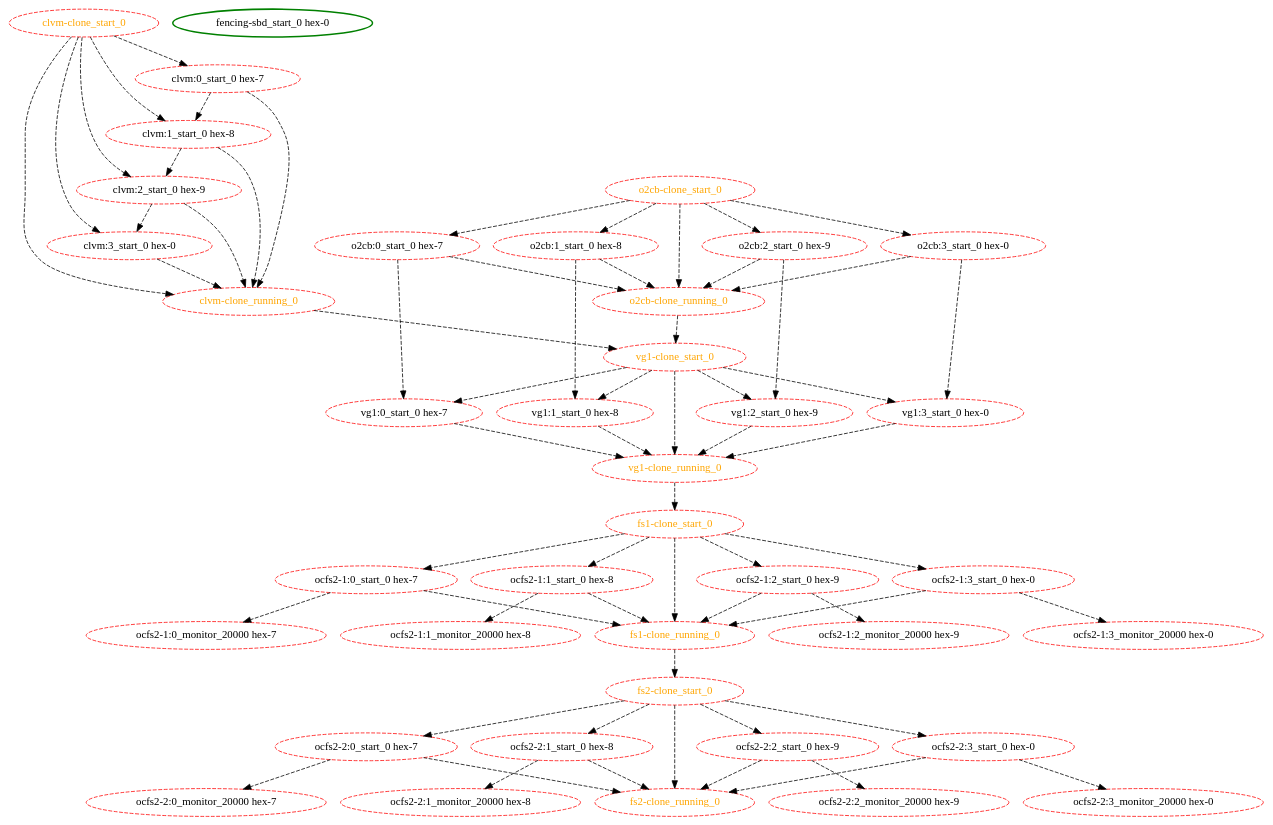
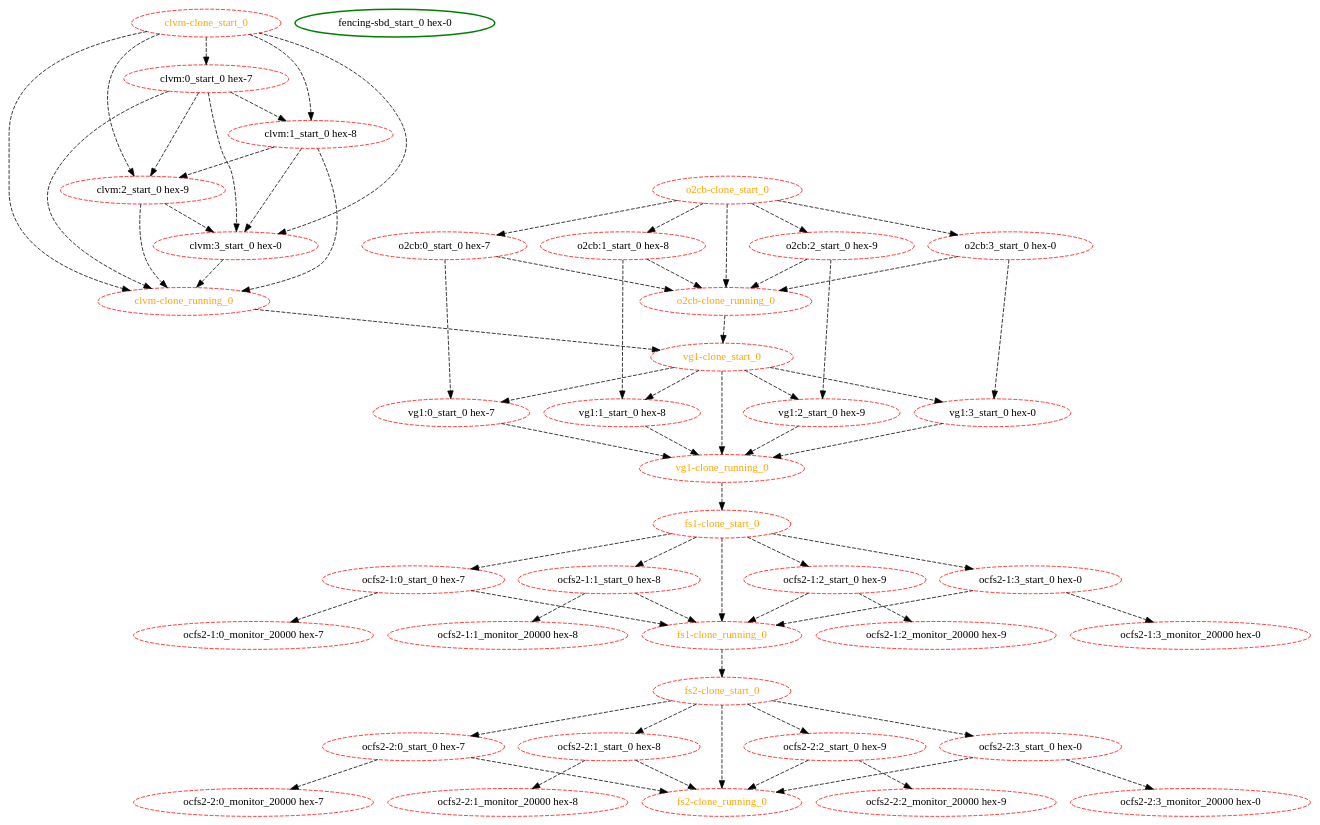
The diagram in cts/scheduler/dot/order-clone.dot (ClusterLabs/pacemaker), drawn with Graphviz before and after one commit. The commit also changed 30 other files, not shown here.

```diff
--- a/cts/scheduler/dot/order-clone.dot
+++ b/cts/scheduler/dot/order-clone.dot
@@ -1,105 +1,108 @@
  digraph "g" {
 "clvm-clone_running_0" -> "vg1-clone_start_0" [ style = dashed]
 "clvm-clone_running_0" [ style=dashed color="red" fontcolor="orange"]
 "clvm-clone_start_0" -> "clvm-clone_running_0" [ style = dashed]
 "clvm-clone_start_0" -> "clvm:0_start_0 hex-7" [ style = dashed]
 "clvm-clone_start_0" -> "clvm:1_start_0 hex-8" [ style = dashed]
 "clvm-clone_start_0" -> "clvm:2_start_0 hex-9" [ style = dashed]
 "clvm-clone_start_0" -> "clvm:3_start_0 hex-0" [ style = dashed]
 "clvm-clone_start_0" [ style=dashed color="red" fontcolor="orange"]
 "clvm:0_start_0 hex-7" -> "clvm-clone_running_0" [ style = dashed]
 "clvm:0_start_0 hex-7" -> "clvm:1_start_0 hex-8" [ style = dashed]
+"clvm:0_start_0 hex-7" -> "clvm:2_start_0 hex-9" [ style = dashed]
+"clvm:0_start_0 hex-7" -> "clvm:3_start_0 hex-0" [ style = dashed]
 "clvm:0_start_0 hex-7" [ style=dashed color="red" fontcolor="black"]
 "clvm:1_start_0 hex-8" -> "clvm-clone_running_0" [ style = dashed]
 "clvm:1_start_0 hex-8" -> "clvm:2_start_0 hex-9" [ style = dashed]
+"clvm:1_start_0 hex-8" -> "clvm:3_start_0 hex-0" [ style = dashed]
 "clvm:1_start_0 hex-8" [ style=dashed color="red" fontcolor="black"]
 "clvm:2_start_0 hex-9" -> "clvm-clone_running_0" [ style = dashed]
 "clvm:2_start_0 hex-9" -> "clvm:3_start_0 hex-0" [ style = dashed]
 "clvm:2_start_0 hex-9" [ style=dashed color="red" fontcolor="black"]
 "clvm:3_start_0 hex-0" -> "clvm-clone_running_0" [ style = dashed]
 "clvm:3_start_0 hex-0" [ style=dashed color="red" fontcolor="black"]
 "fencing-sbd_start_0 hex-0" [ style=bold color="green" fontcolor="black"]
 "fs1-clone_running_0" -> "fs2-clone_start_0" [ style = dashed]
 "fs1-clone_running_0" [ style=dashed color="red" fontcolor="orange"]
 "fs1-clone_start_0" -> "fs1-clone_running_0" [ style = dashed]
 "fs1-clone_start_0" -> "ocfs2-1:0_start_0 hex-7" [ style = dashed]
 "fs1-clone_start_0" -> "ocfs2-1:1_start_0 hex-8" [ style = dashed]
 "fs1-clone_start_0" -> "ocfs2-1:2_start_0 hex-9" [ style = dashed]
 "fs1-clone_start_0" -> "ocfs2-1:3_start_0 hex-0" [ style = dashed]
 "fs1-clone_start_0" [ style=dashed color="red" fontcolor="orange"]
 "fs2-clone_running_0" [ style=dashed color="red" fontcolor="orange"]
 "fs2-clone_start_0" -> "fs2-clone_running_0" [ style = dashed]
 "fs2-clone_start_0" -> "ocfs2-2:0_start_0 hex-7" [ style = dashed]
 "fs2-clone_start_0" -> "ocfs2-2:1_start_0 hex-8" [ style = dashed]
 "fs2-clone_start_0" -> "ocfs2-2:2_start_0 hex-9" [ style = dashed]
 "fs2-clone_start_0" -> "ocfs2-2:3_start_0 hex-0" [ style = dashed]
 "fs2-clone_start_0" [ style=dashed color="red" fontcolor="orange"]
 "o2cb-clone_running_0" -> "vg1-clone_start_0" [ style = dashed]
 "o2cb-clone_running_0" [ style=dashed color="red" fontcolor="orange"]
 "o2cb-clone_start_0" -> "o2cb-clone_running_0" [ style = dashed]
 "o2cb-clone_start_0" -> "o2cb:0_start_0 hex-7" [ style = dashed]
 "o2cb-clone_start_0" -> "o2cb:1_start_0 hex-8" [ style = dashed]
 "o2cb-clone_start_0" -> "o2cb:2_start_0 hex-9" [ style = dashed]
 "o2cb-clone_start_0" -> "o2cb:3_start_0 hex-0" [ style = dashed]
 "o2cb-clone_start_0" [ style=dashed color="red" fontcolor="orange"]
 "o2cb:0_start_0 hex-7" -> "o2cb-clone_running_0" [ style = dashed]
 "o2cb:0_start_0 hex-7" -> "vg1:0_start_0 hex-7" [ style = dashed]
 "o2cb:0_start_0 hex-7" [ style=dashed color="red" fontcolor="black"]
 "o2cb:1_start_0 hex-8" -> "o2cb-clone_running_0" [ style = dashed]
 "o2cb:1_start_0 hex-8" -> "vg1:1_start_0 hex-8" [ style = dashed]
 "o2cb:1_start_0 hex-8" [ style=dashed color="red" fontcolor="black"]
 "o2cb:2_start_0 hex-9" -> "o2cb-clone_running_0" [ style = dashed]
 "o2cb:2_start_0 hex-9" -> "vg1:2_start_0 hex-9" [ style = dashed]
 "o2cb:2_start_0 hex-9" [ style=dashed color="red" fontcolor="black"]
 "o2cb:3_start_0 hex-0" -> "o2cb-clone_running_0" [ style = dashed]
 "o2cb:3_start_0 hex-0" -> "vg1:3_start_0 hex-0" [ style = dashed]
 "o2cb:3_start_0 hex-0" [ style=dashed color="red" fontcolor="black"]
 "ocfs2-1:0_monitor_20000 hex-7" [ style=dashed color="red" fontcolor="black"]
 "ocfs2-1:0_start_0 hex-7" -> "fs1-clone_running_0" [ style = dashed]
 "ocfs2-1:0_start_0 hex-7" -> "ocfs2-1:0_monitor_20000 hex-7" [ style = dashed]
 "ocfs2-1:0_start_0 hex-7" [ style=dashed color="red" fontcolor="black"]
 "ocfs2-1:1_monitor_20000 hex-8" [ style=dashed color="red" fontcolor="black"]
 "ocfs2-1:1_start_0 hex-8" -> "fs1-clone_running_0" [ style = dashed]
 "ocfs2-1:1_start_0 hex-8" -> "ocfs2-1:1_monitor_20000 hex-8" [ style = dashed]
 "ocfs2-1:1_start_0 hex-8" [ style=dashed color="red" fontcolor="black"]
 "ocfs2-1:2_monitor_20000 hex-9" [ style=dashed color="red" fontcolor="black"]
 "ocfs2-1:2_start_0 hex-9" -> "fs1-clone_running_0" [ style = dashed]
 "ocfs2-1:2_start_0 hex-9" -> "ocfs2-1:2_monitor_20000 hex-9" [ style = dashed]
 "ocfs2-1:2_start_0 hex-9" [ style=dashed color="red" fontcolor="black"]
 "ocfs2-1:3_monitor_20000 hex-0" [ style=dashed color="red" fontcolor="black"]
 "ocfs2-1:3_start_0 hex-0" -> "fs1-clone_running_0" [ style = dashed]
 "ocfs2-1:3_start_0 hex-0" -> "ocfs2-1:3_monitor_20000 hex-0" [ style = dashed]
 "ocfs2-1:3_start_0 hex-0" [ style=dashed color="red" fontcolor="black"]
 "ocfs2-2:0_monitor_20000 hex-7" [ style=dashed color="red" fontcolor="black"]
 "ocfs2-2:0_start_0 hex-7" -> "fs2-clone_running_0" [ style = dashed]
 "ocfs2-2:0_start_0 hex-7" -> "ocfs2-2:0_monitor_20000 hex-7" [ style = dashed]
 "ocfs2-2:0_start_0 hex-7" [ style=dashed color="red" fontcolor="black"]
 "ocfs2-2:1_monitor_20000 hex-8" [ style=dashed color="red" fontcolor="black"]
 "ocfs2-2:1_start_0 hex-8" -> "fs2-clone_running_0" [ style = dashed]
 "ocfs2-2:1_start_0 hex-8" -> "ocfs2-2:1_monitor_20000 hex-8" [ style = dashed]
 "ocfs2-2:1_start_0 hex-8" [ style=dashed color="red" fontcolor="black"]
 "ocfs2-2:2_monitor_20000 hex-9" [ style=dashed color="red" fontcolor="black"]
 "ocfs2-2:2_start_0 hex-9" -> "fs2-clone_running_0" [ style = dashed]
 "ocfs2-2:2_start_0 hex-9" -> "ocfs2-2:2_monitor_20000 hex-9" [ style = dashed]
 "ocfs2-2:2_start_0 hex-9" [ style=dashed color="red" fontcolor="black"]
 "ocfs2-2:3_monitor_20000 hex-0" [ style=dashed color="red" fontcolor="black"]
 "ocfs2-2:3_start_0 hex-0" -> "fs2-clone_running_0" [ style = dashed]
 "ocfs2-2:3_start_0 hex-0" -> "ocfs2-2:3_monitor_20000 hex-0" [ style = dashed]
 "ocfs2-2:3_start_0 hex-0" [ style=dashed color="red" fontcolor="black"]
 "vg1-clone_running_0" -> "fs1-clone_start_0" [ style = dashed]
 "vg1-clone_running_0" [ style=dashed color="red" fontcolor="orange"]
 "vg1-clone_start_0" -> "vg1-clone_running_0" [ style = dashed]
 "vg1-clone_start_0" -> "vg1:0_start_0 hex-7" [ style = dashed]
 "vg1-clone_start_0" -> "vg1:1_start_0 hex-8" [ style = dashed]
 "vg1-clone_start_0" -> "vg1:2_start_0 hex-9" [ style = dashed]
 "vg1-clone_start_0" -> "vg1:3_start_0 hex-0" [ style = dashed]
 "vg1-clone_start_0" [ style=dashed color="red" fontcolor="orange"]
 "vg1:0_start_0 hex-7" -> "vg1-clone_running_0" [ style = dashed]
 "vg1:0_start_0 hex-7" [ style=dashed color="red" fontcolor="black"]
 "vg1:1_start_0 hex-8" -> "vg1-clone_running_0" [ style = dashed]
 "vg1:1_start_0 hex-8" [ style=dashed color="red" fontcolor="black"]
 "vg1:2_start_0 hex-9" -> "vg1-clone_running_0" [ style = dashed]
 "vg1:2_start_0 hex-9" [ style=dashed color="red" fontcolor="black"]
 "vg1:3_start_0 hex-0" -> "vg1-clone_running_0" [ style = dashed]
 "vg1:3_start_0 hex-0" [ style=dashed color="red" fontcolor="black"]
 }
```
